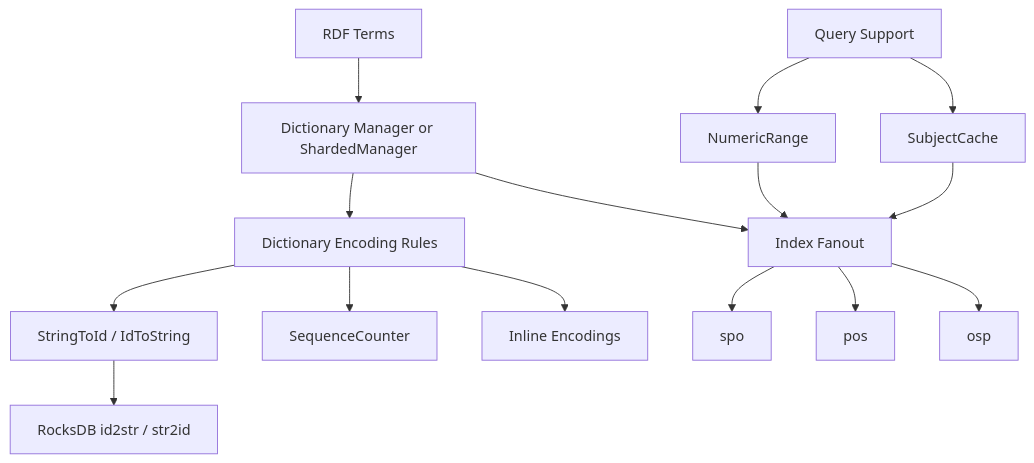
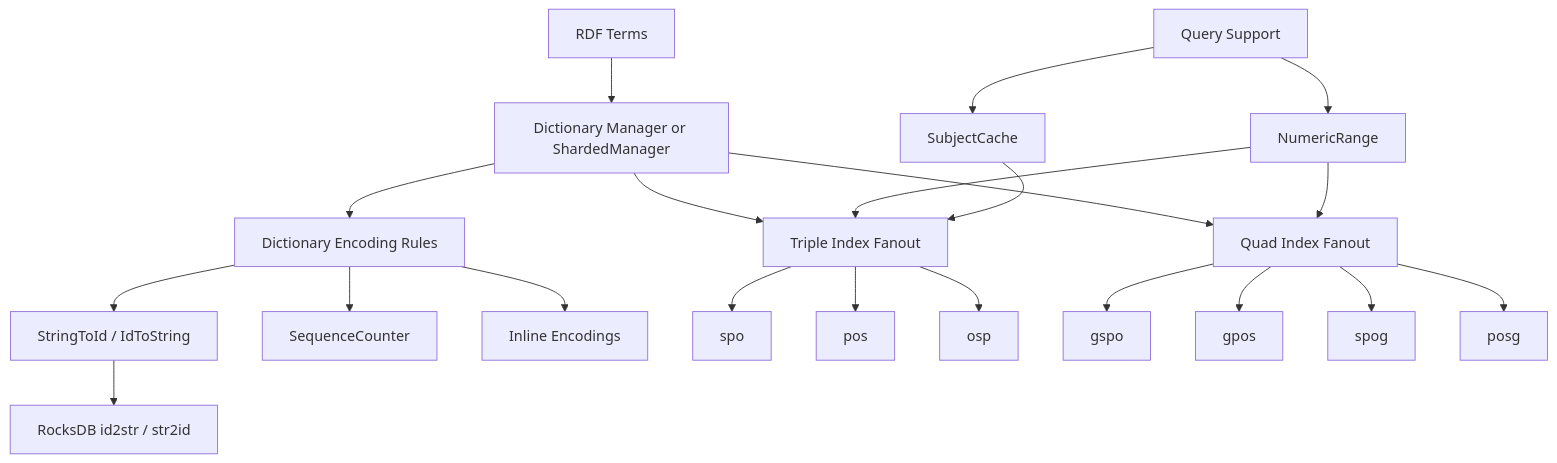
The diagram in specs/storage/dictionary_and_index_layer.md (pcharbon70/triple_store), drawn with Mermaid before and after one commit. The commit also changed other lines of this file and 25 other files, not shown here.

Commit message:
Backfill specs from current architecture

````diff
--- a/specs/storage/dictionary_and_index_layer.md
+++ b/specs/storage/dictionary_and_index_layer.md
@@ -24,19 +26,25 @@
 ```mermaid
 graph TD
   A["RDF Terms"] --> B["Dictionary Manager or ShardedManager"]
   B --> C["Dictionary Encoding Rules"]
   C --> D["StringToId / IdToString"]
   C --> E["SequenceCounter"]
   C --> F["Inline Encodings"]
   D --> G["RocksDB id2str / str2id"]
 
-  B --> H["Index Fanout"]
-  H --> I["spo"]
-  H --> J["pos"]
-  H --> K["osp"]
+  B --> H["Triple Index Fanout"]
+  B --> I["Quad Index Fanout"]
+  H --> J["spo"]
+  H --> K["pos"]
+  H --> L["osp"]
+  I --> M["gspo"]
+  I --> N["gpos"]
+  I --> O["spog"]
+  I --> P["posg"]
 
-  L["Query Support"] --> M["NumericRange"]
-  L --> N["SubjectCache"]
-  M --> H
-  N --> H
+  Q["Query Support"] --> R["NumericRange"]
+  Q --> S["SubjectCache"]
+  R --> H
+  S --> H
+  R --> I
 ```
````
